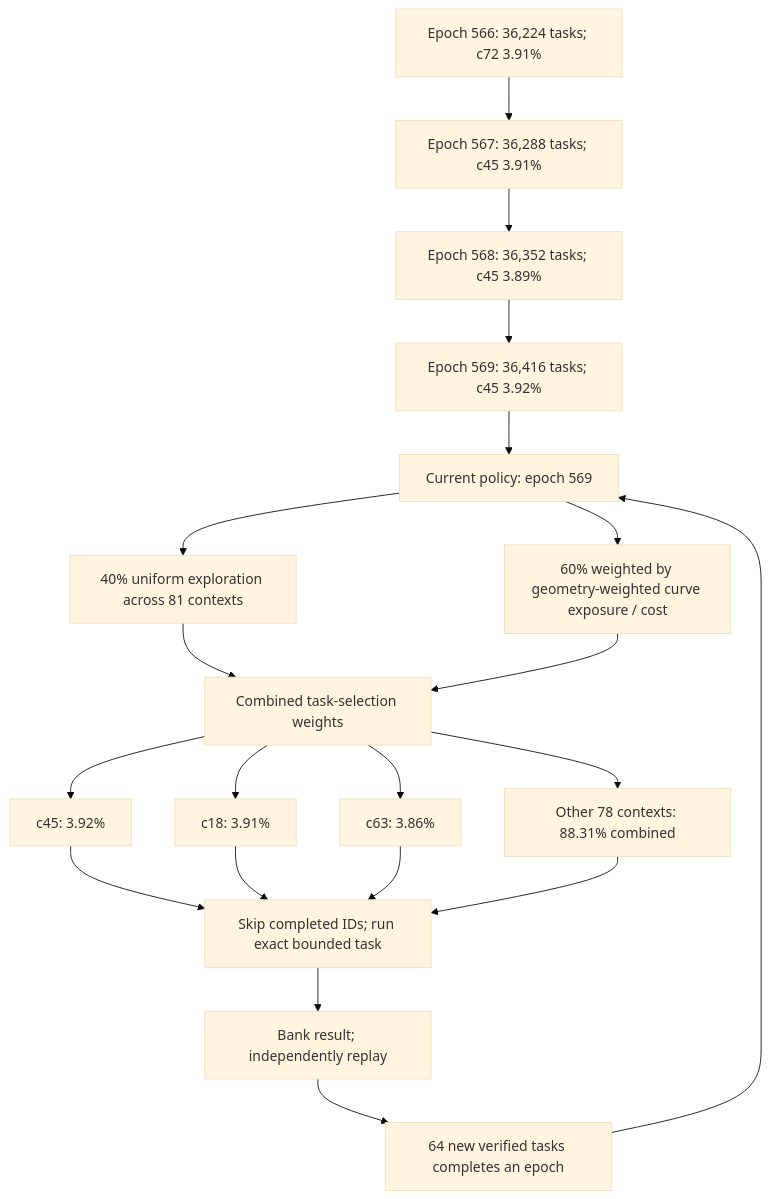
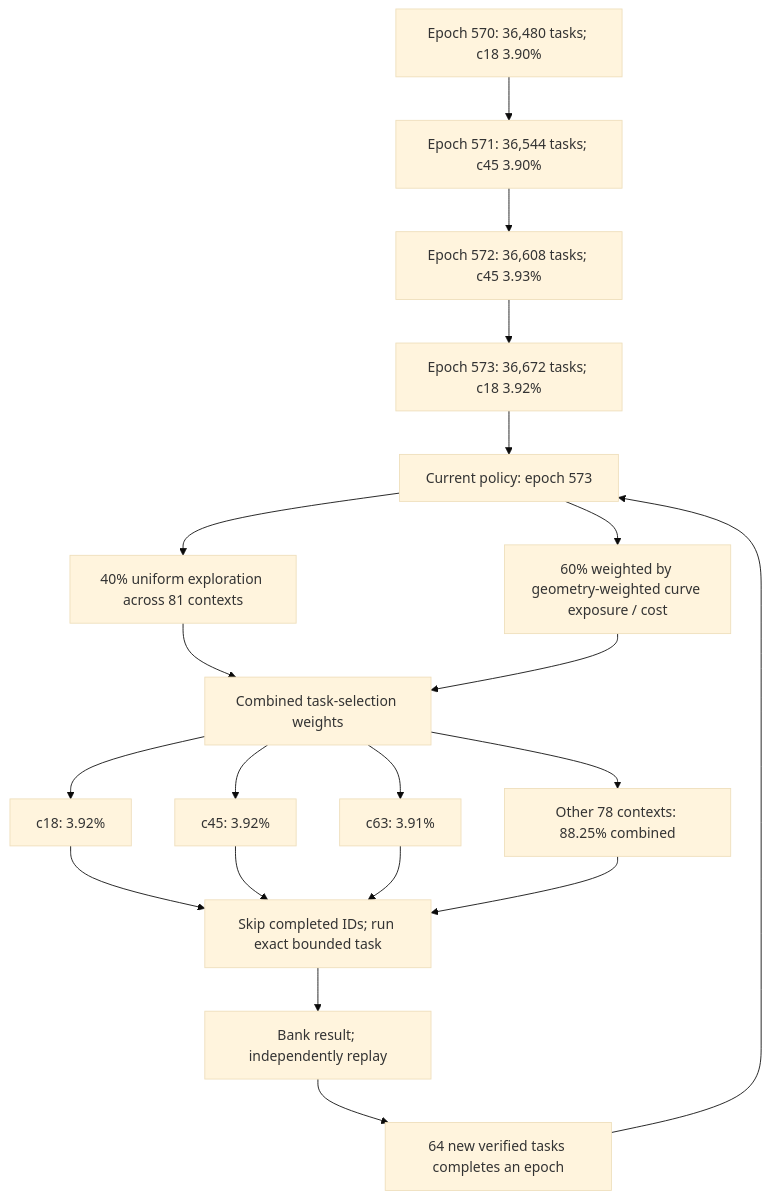
One commit to Kuberwastaken/math-gambling changed the first of 3 diagrams in README.md. Above: the diagram before and after it, drawn with Mermaid (base theme). The commit also changed other lines of this file and 627 other files, not shown here.

````diff
--- a/README.md
+++ b/README.md
@@ -55,27 +55,27 @@
 ```mermaid
 flowchart TD
-    H0["Epoch 566: 36,224 tasks; c72 3.91%"]
-    H1["Epoch 567: 36,288 tasks; c45 3.91%"]
+    H0["Epoch 570: 36,480 tasks; c18 3.90%"]
+    H1["Epoch 571: 36,544 tasks; c45 3.90%"]
     H0 --> H1
-    H2["Epoch 568: 36,352 tasks; c45 3.89%"]
+    H2["Epoch 572: 36,608 tasks; c45 3.93%"]
     H1 --> H2
-    H3["Epoch 569: 36,416 tasks; c45 3.92%"]
+    H3["Epoch 573: 36,672 tasks; c18 3.92%"]
     H2 --> H3
-    Policy["Current policy: epoch 569"]
+    Policy["Current policy: epoch 573"]
     H3 --> Policy
     Policy --> Explore["40% uniform exploration across 81 contexts"]
     Policy --> Cost["60% weighted by geometry-weighted curve exposure / cost"]
     Explore --> Mix["Combined task-selection weights"]
     Cost --> Mix
-    Mix --> C0["c45: 3.92%"]
-    Mix --> C1["c18: 3.91%"]
-    Mix --> C2["c63: 3.86%"]
-    Mix --> Rest["Other 78 contexts: 88.31% combined"]
+    Mix --> C0["c18: 3.92%"]
+    Mix --> C1["c45: 3.92%"]
+    Mix --> C2["c63: 3.91%"]
+    Mix --> Rest["Other 78 contexts: 88.25% combined"]
     C0 --> Check["Skip completed IDs; run exact bounded task"]
     C1 --> Check
     C2 --> Check
     Rest --> Check
     Check --> Replay["Bank result; independently replay"]
     Replay --> Gate["64 new verified tasks completes an epoch"]
     Gate --> Policy
 ```
````
